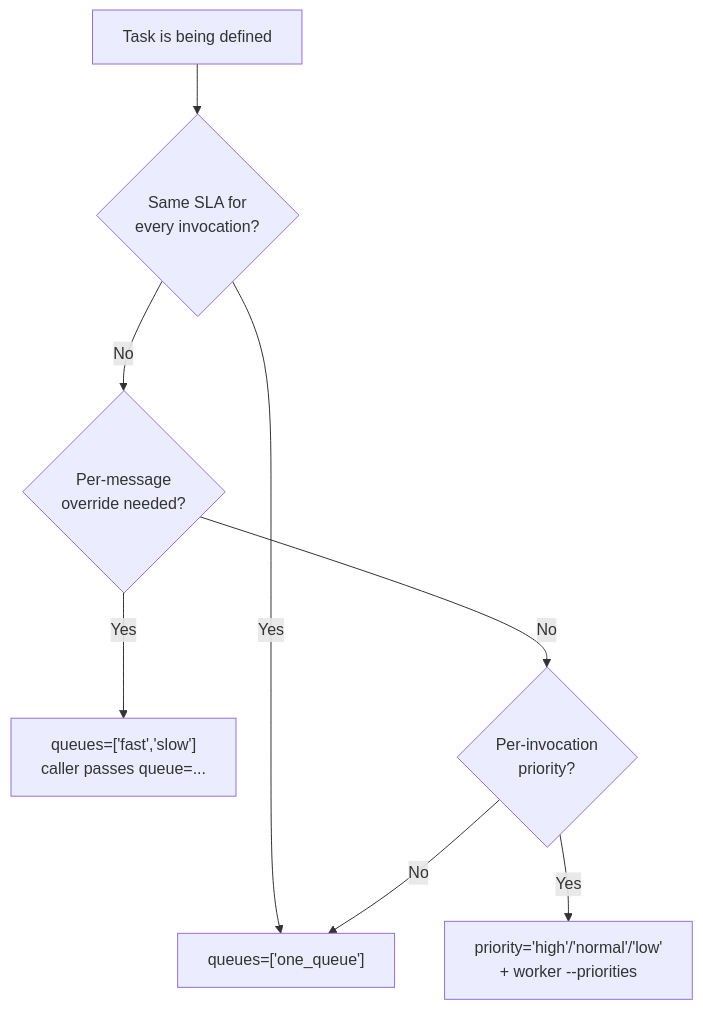
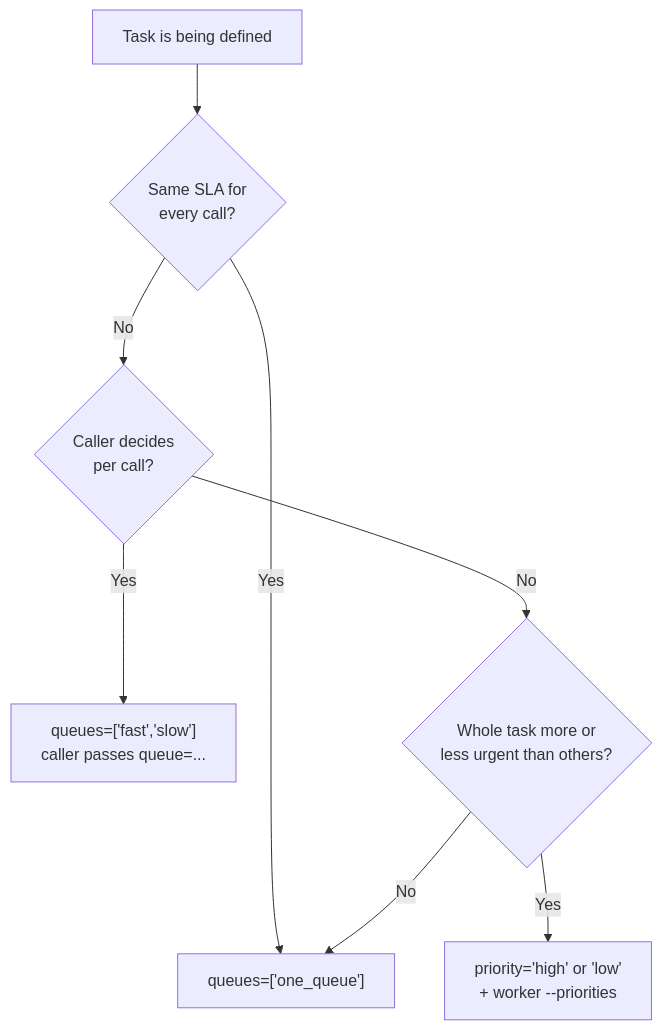
One commit to Schorschofwill/swarmq changed the first of 9 diagrams in website/reference/agent/decision-trees.md. Above: the diagram before and after it, drawn with Mermaid. The commit also changed other lines of this file and 84 other files, not shown here.

````diff
--- a/website/reference/agent/decision-trees.md
+++ b/website/reference/agent/decision-trees.md
@@ -9,10 +9,10 @@
 ```mermaid
 flowchart TD
-    A[Task is being defined] --> B{Same SLA for<br/>every invocation?}
+    A[Task is being defined] --> B{Same SLA for<br/>every call?}
     B -->|Yes| C["queues=['one_queue']"]
-    B -->|No| D{Per-message<br/>override needed?}
+    B -->|No| D{Caller decides<br/>per call?}
     D -->|Yes| E["queues=['fast','slow']<br/>caller passes queue=..."]
-    D -->|No| F{Per-invocation<br/>priority?}
-    F -->|Yes| G["priority='high'/'normal'/'low'<br/>+ worker --priorities"]
+    D -->|No| F{Whole task more or<br/>less urgent than others?}
+    F -->|Yes| G["priority='high' or 'low'<br/>+ worker --priorities"]
     F -->|No| C
 ```
````
